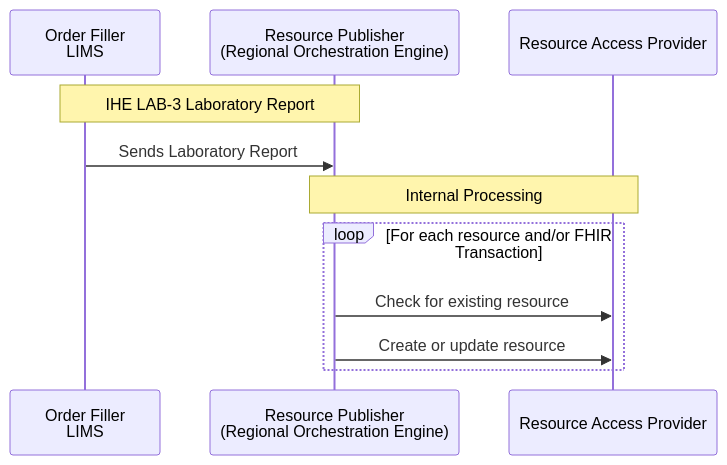
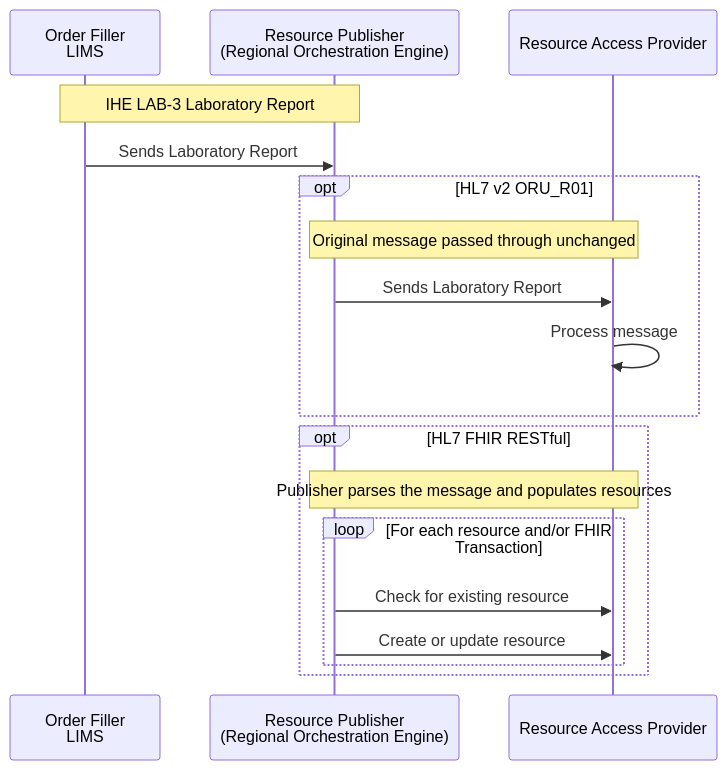
Before and after one commit to nw-gmsa/nw-gmsa.github.com: the fifth of 6 diagrams in input/pagecontent/HIE.md, drawn with Mermaid. The commit also changed other lines of this file, not shown here.

````diff
--- a/input/pagecontent/HIE.md
+++ b/input/pagecontent/HIE.md
@@ -140,16 +160,22 @@
 ```mermaid
 sequenceDiagram
 
   participant LIMS as Order Filler<br/>LIMS
   participant Publisher as Resource Publisher<br/>(Regional Orchestration Engine)
   participant Provider as Resource Access Provider
 
   note over LIMS,Publisher: IHE LAB-3 Laboratory Report
   LIMS ->> Publisher: Sends Laboratory Report
-
-  note over Publisher,Provider: Internal Processing
-  loop For each resource and/or FHIR Transaction
-    Publisher ->> Provider: Check for existing resource
-    Publisher ->> Provider: Create or update resource
+  opt HL7 v2 ORU_R01
+    note over Publisher,Provider: Original message passed through unchanged
+    Publisher ->> Provider: Sends Laboratory Report
+    Provider ->> Provider: Process message
+  end
+  opt HL7 FHIR RESTful
+    note over Publisher,Provider: Publisher parses the message and populates resources
+    loop For each resource and/or FHIR Transaction
+      Publisher ->> Provider: Check for existing resource
+      Publisher ->> Provider: Create or update resource
+    end
   end
 ```
````
